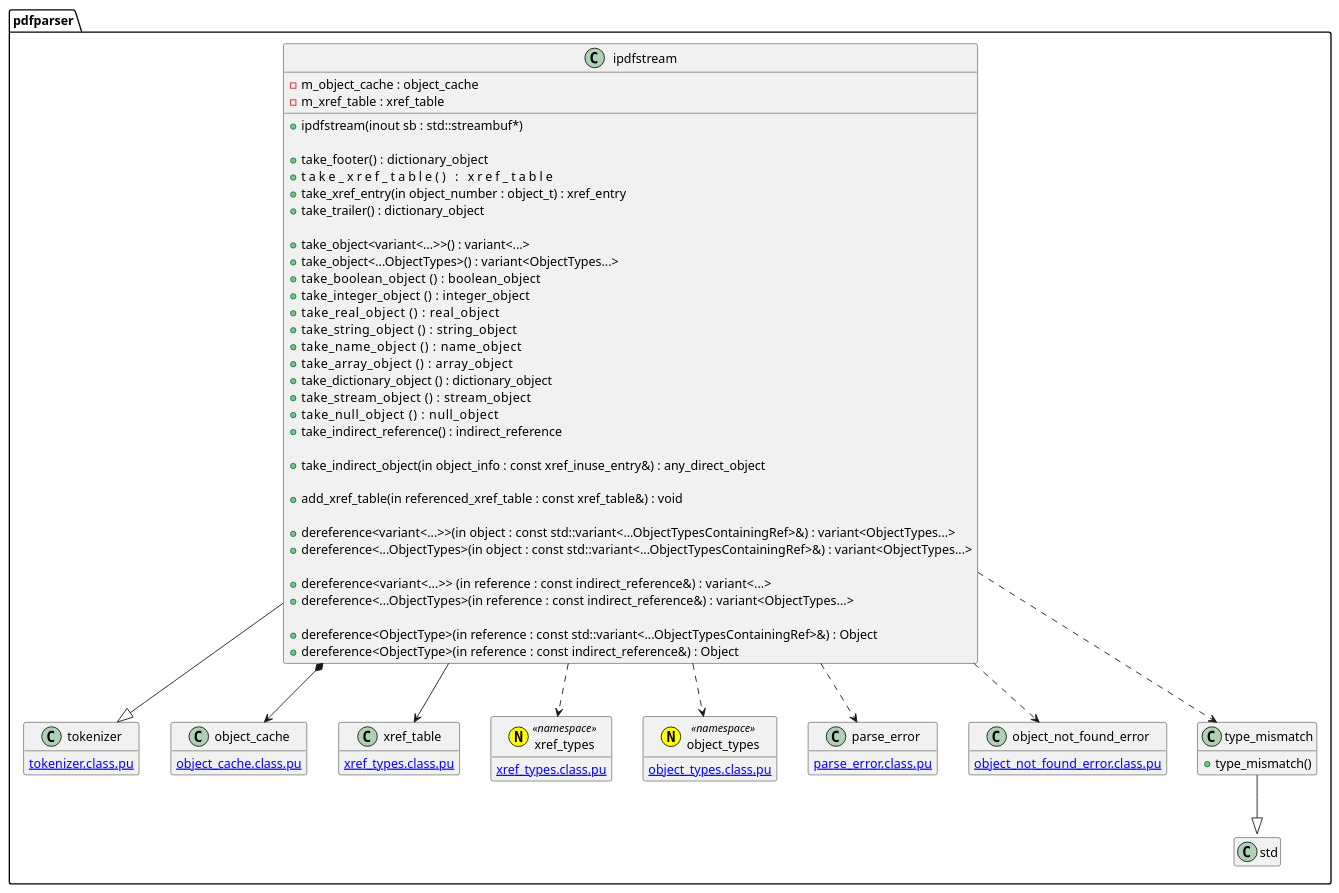
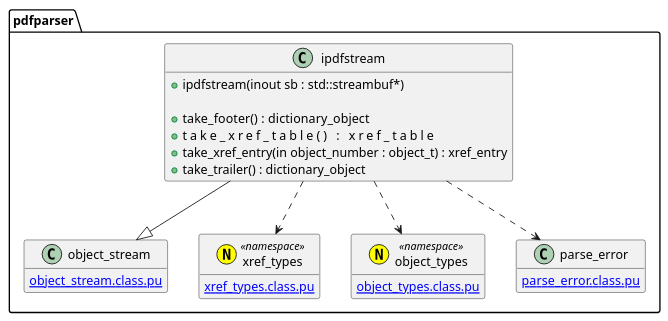
Before and after one commit to KodaiYM/PDFReader: the diagram in document/document_reader/ipdfstream/ipdfstream.class.pu, drawn with PlantUML. The commit also changed 55 other files, not shown here.

Commit message:
ipdfstream と tokenizer の間に object_stream を追加して、ipdfstream の機能だったオブジェクト解析処理を移動した

```diff
--- a/document/document_reader/ipdfstream/ipdfstream.class.pu
+++ b/document/document_reader/ipdfstream/ipdfstream.class.pu
@@ -1,79 +1,31 @@
 @startuml ipdfstream
 hide empty members
 namespace pdfparser {
 class ipdfstream {
-	-m_object_cache : object_cache
-	-m_xref_table : xref_table
 	+ipdfstream(inout sb : std::streambuf*)
 
 	+take_footer()  : dictionary_object
 	+take_xref_table()                            : xref_table
 	+take_xref_entry(in object_number : object_t) : xref_entry
 	+take_trailer() : dictionary_object
-
-	+take_object<variant<...>>() : variant<...>
-	+take_object<...ObjectTypes>() : variant<ObjectTypes...>
-	+take_boolean_object    () : boolean_object
-	+take_integer_object    () : integer_object
-	+take_real_object       () : real_object
-	+take_string_object     () : string_object
-	+take_name_object       () : name_object
-	+take_array_object      () : array_object
-	+take_dictionary_object () : dictionary_object
-	+take_stream_object     () : stream_object
-	+take_null_object       () : null_object
-	+take_indirect_reference() : indirect_reference
-
-	+take_indirect_object(in object_info : const xref_inuse_entry&) : any_direct_object
-
-	+add_xref_table(in referenced_xref_table : const xref_table&) : void
-
-	' from object_cache
-	' NOTE: variant 版は必要になったら実装
-	+dereference<variant<...>>(in object : const std::variant<...ObjectTypesContainingRef>&) : variant<ObjectTypes...>
-	+dereference<...ObjectTypes>(in object : const std::variant<...ObjectTypesContainingRef>&) : variant<ObjectTypes...>
-
-	' NOTE: variant 版は必要になったら実装
-	+dereference<variant<...>>  (in reference : const indirect_reference&) : variant<...>
-	+dereference<...ObjectTypes>(in reference : const indirect_reference&) : variant<ObjectTypes...>
-
-	+dereference<ObjectType>(in reference : const std::variant<...ObjectTypesContainingRef>&) : Object
-	+dereference<ObjectType>(in reference : const indirect_reference&) : Object
 }
-ipdfstream --|> tokenizer
-ipdfstream *--> object_cache
-ipdfstream --> xref_table
+ipdfstream --|> object_stream
 ipdfstream ..> xref_types
 ipdfstream ..> object_types
 ipdfstream ..> parse_error
-ipdfstream ..> object_not_found_error
-ipdfstream ..> type_mismatch
 
 
-class tokenizer {
-	[[tokenizer.class.pu]]
-}
-class xref_table {
-	[[xref_types.class.pu]]
-}
-class object_cache {
-	[[object_cache.class.pu]]
+class object_stream {
+	[[object_stream.class.pu]]
 }
 annotation xref_types <<(N, yellow) namespace>> {
 	[[xref_types.class.pu]]
 }
 annotation object_types <<(N, yellow) namespace>> {
 	[[object_types.class.pu]]
 }
 class parse_error {
 	[[parse_error.class.pu]]
 }
-class object_not_found_error {
-	[[object_not_found_error.class.pu]]
-}
-class type_mismatch {
-	+type_mismatch()
-}
-type_mismatch --|> std::runtime_error
 }
 @enduml
```
